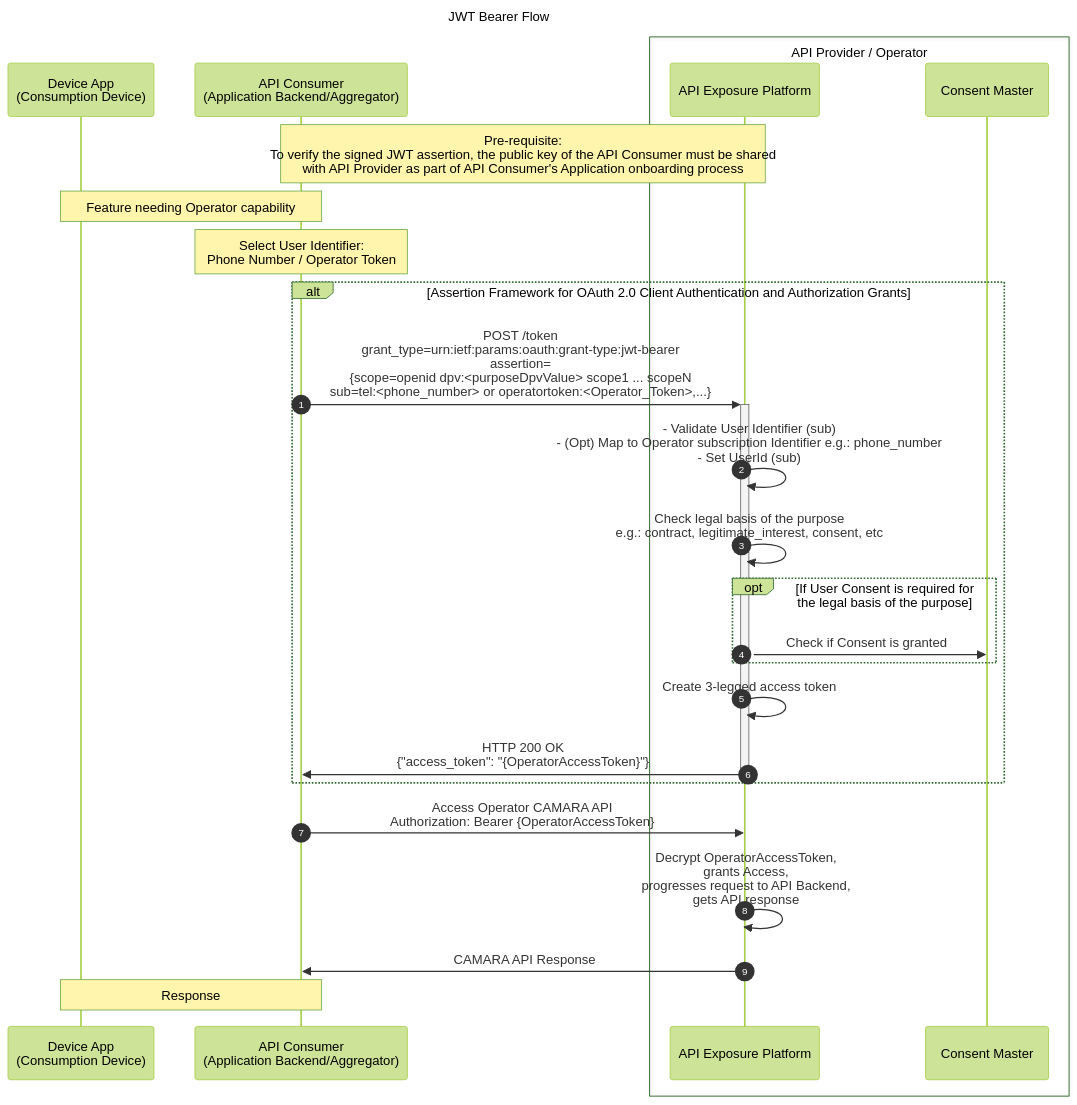
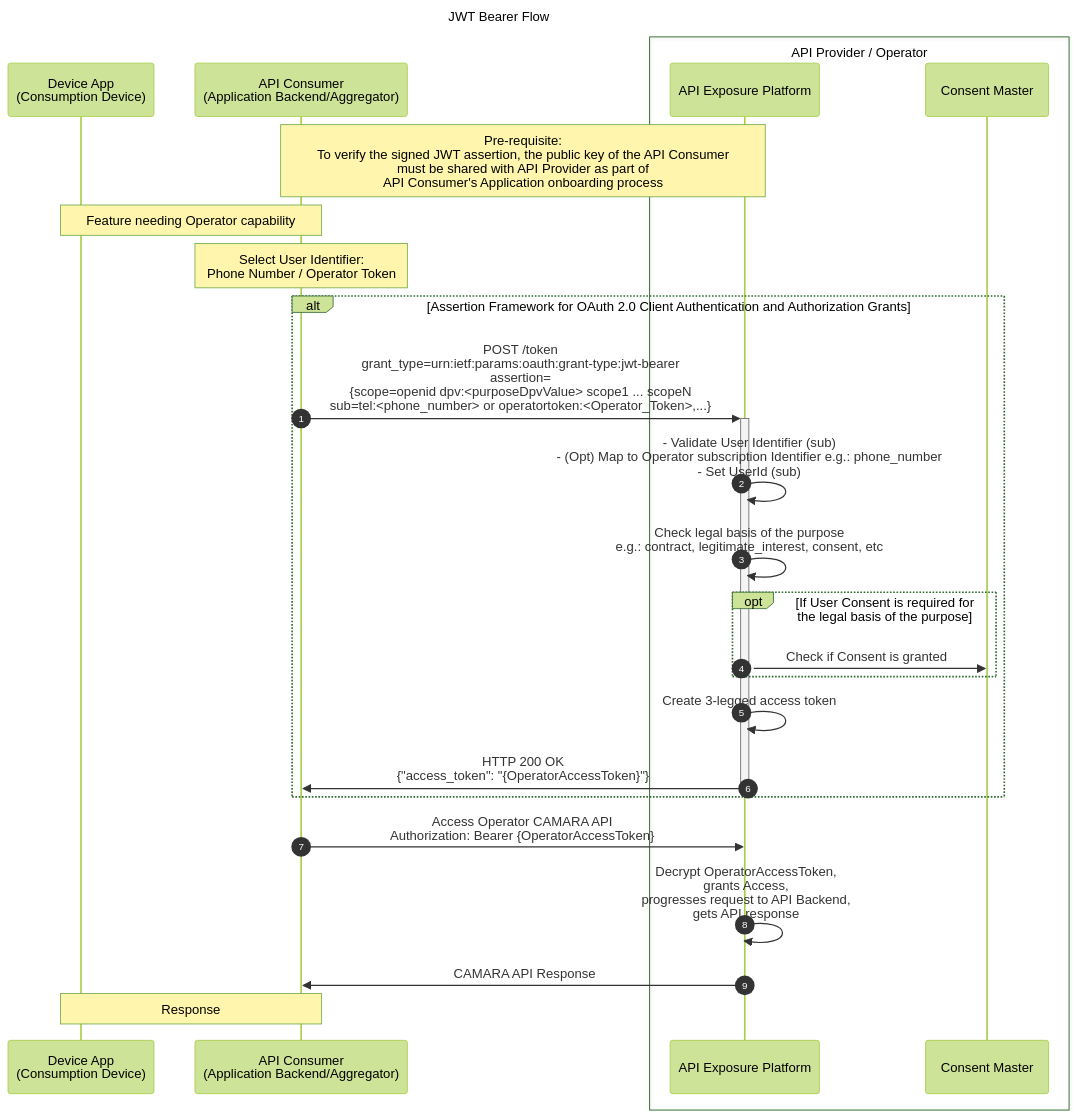
One commit to camaraproject/IdentityAndConsentManagement changed the fourth of 5 diagrams in documentation/CAMARA-API-access-and-user-consent.md. Above: the diagram before and after it, drawn with Mermaid (forest theme). The commit also changed other lines of this file, not shown here.

````diff
--- a/documentation/CAMARA-API-access-and-user-consent.md
+++ b/documentation/CAMARA-API-access-and-user-consent.md
@@ -353,29 +353,29 @@
 ```mermaid
 sequenceDiagram
 autonumber
 title JWT Bearer Flow
 participant FE as Device App<br>(Consumption Device)
 participant BE as API Consumer<br>(Application Backend/Aggregator)
 box API Provider / Operator
   participant ExpO as API Exposure Platform  
   participant Consent as Consent Master
 end
-Note over BE,ExpO: Pre-requisite:<br> To verify the signed JWT assertion, the public key of the API Consumer must be shared<br> with API Provider as part of API Consumer's Application onboarding process
+Note over BE,ExpO: Pre-requisite:<br> To verify the signed JWT assertion, the public key of the API Consumer<br>must be shared with API Provider as part of<br>API Consumer's Application onboarding process
 Note over FE,BE: Feature needing Operator capability  
 Note over BE: Select User Identifier:<br> Phone Number / Operator Token
 
 alt Assertion Framework for OAuth 2.0 Client Authentication and Authorization Grants
     BE->>+ExpO: POST /token<br>grant_type=urn:ietf:params:oauth:grant-type:jwt-bearer<br>assertion=<br>{scope=openid dpv:<purposeDpvValue> scope1 ... scopeN<br>sub=tel:<phone_number> or operatortoken:<Operator_Token>,...}
     ExpO->>ExpO: - Validate User Identifier (sub)<br>- (Opt) Map to Operator subscription Identifier e.g.: phone_number<br>- Set UserId (sub)
     ExpO->>ExpO: Check legal basis of the purpose<br>e.g.: contract, legitimate_interest, consent, etc
     opt If User Consent is required for the legal basis of the purpose  
         ExpO->>Consent: Check if Consent is granted
     end
     ExpO->>ExpO: Create 3-legged access token
     ExpO->>-BE: HTTP 200 OK<br>{"access_token": "{OperatorAccessToken}"}
 end
 BE->>ExpO: Access Operator CAMARA API<br>Authorization: Bearer {OperatorAccessToken}    
 ExpO->>ExpO: Decrypt OperatorAccessToken,<br>grants Access,<br>progresses request to API Backend,<br>gets API response  
 ExpO->>BE: CAMARA API Response
 Note over BE,FE: Response
 ```
````
